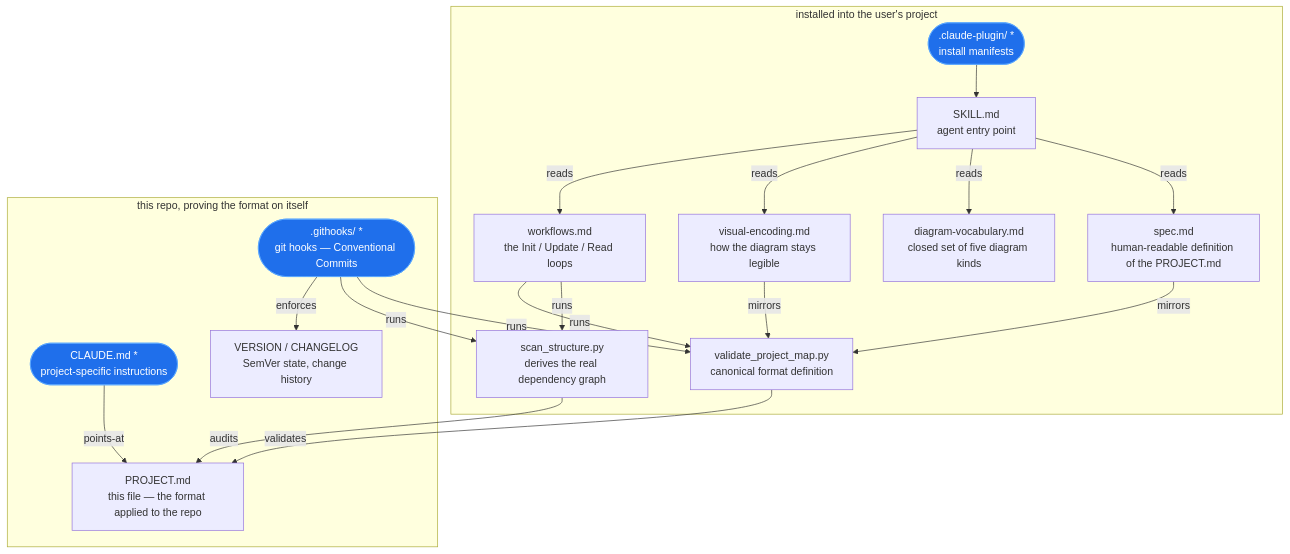
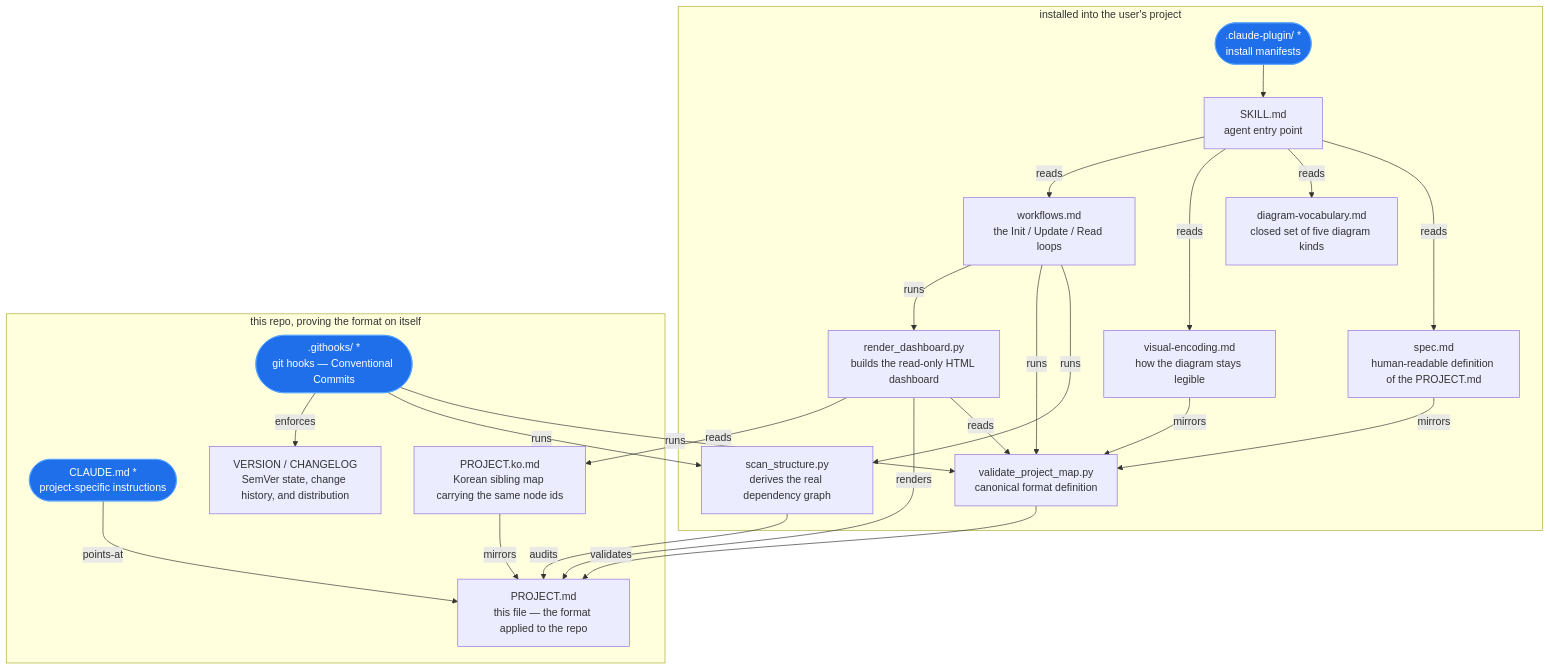
Before and after one commit to gulf1324/visualization-is-all-you-need: the diagram in PROJECT.md, drawn with Mermaid. The commit also changed other lines of this file and 6 other files, not shown here.

Commit message:
feat: add read-only HTML dashboard with zoom, node detail and EN/KO

````diff
--- a/PROJECT.md
+++ b/PROJECT.md
@@ -12,36 +12,43 @@
 ```mermaid
 flowchart TD
   subgraph shipped["installed into the user's project"]
     skill["SKILL.md<br/>agent entry point"]
     spec["spec.md<br/>human-readable definition of the PROJECT.md"]
     encoding["visual-encoding.md<br/>how the diagram stays legible"]
     vocabulary["diagram-vocabulary.md<br/>closed set of five diagram kinds"]
     workflows["workflows.md<br/>the Init / Update / Read loops"]
     scanner["scan_structure.py<br/>derives the real dependency graph"]
     validator["validate_project_map.py<br/>canonical format definition"]
+    dashboard["render_dashboard.py<br/>builds the read-only HTML dashboard"]
     plugin([".claude-plugin/ *<br/>install manifests"])
   end
   subgraph dogfood["this repo, proving the format on itself"]
     self_map["PROJECT.md<br/>this file — the format applied to the repo"]
     claude_md(["CLAUDE.md *<br/>project-specific instructions"])
     commit_gate([".githooks/ *<br/>git hooks — Conventional Commits"])
-    release["VERSION / CHANGELOG<br/>SemVer state, change history"]
+    translation["PROJECT.ko.md<br/>Korean sibling map carrying the same node ids"]
+    release["VERSION / CHANGELOG<br/>SemVer state, change history, and distribution"]
   end
   plugin --> skill
   skill -->|reads| spec
   skill -->|reads| vocabulary
   skill -->|reads| encoding
   encoding -->|mirrors| validator
   skill -->|reads| workflows
   workflows -->|runs| scanner
   workflows -->|runs| validator
   spec -->|mirrors| validator
   scanner -->|audits| self_map
   validator -->|validates| self_map
   commit_gate -->|runs| validator
   commit_gate -->|runs| scanner
   commit_gate -->|enforces| release
   claude_md -->|points-at| self_map
+  workflows -->|runs| dashboard
+  dashboard -->|reads| validator
+  dashboard -->|renders| self_map
+  dashboard -->|reads| translation
+  translation -->|mirrors| self_map
   classDef entry fill:#1f6feb,stroke:#58a6ff,color:#ffffff
   class plugin,claude_md,commit_gate entry
 ```
````
